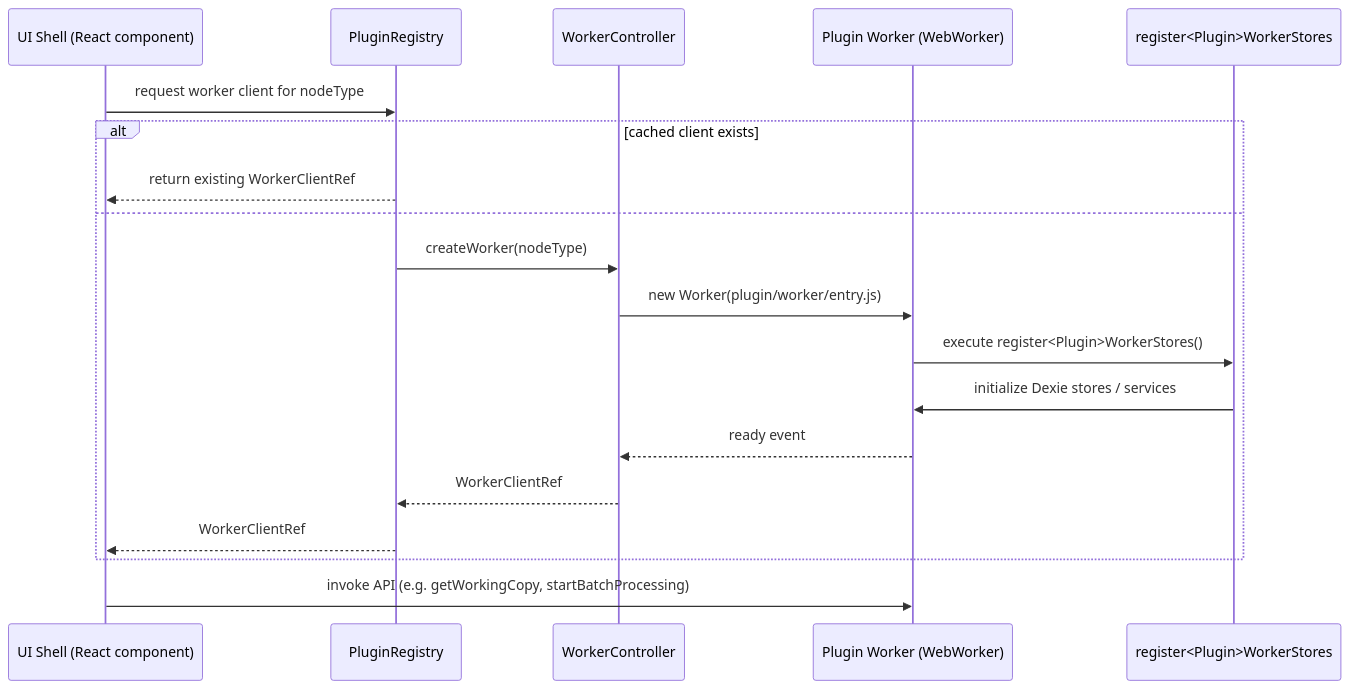
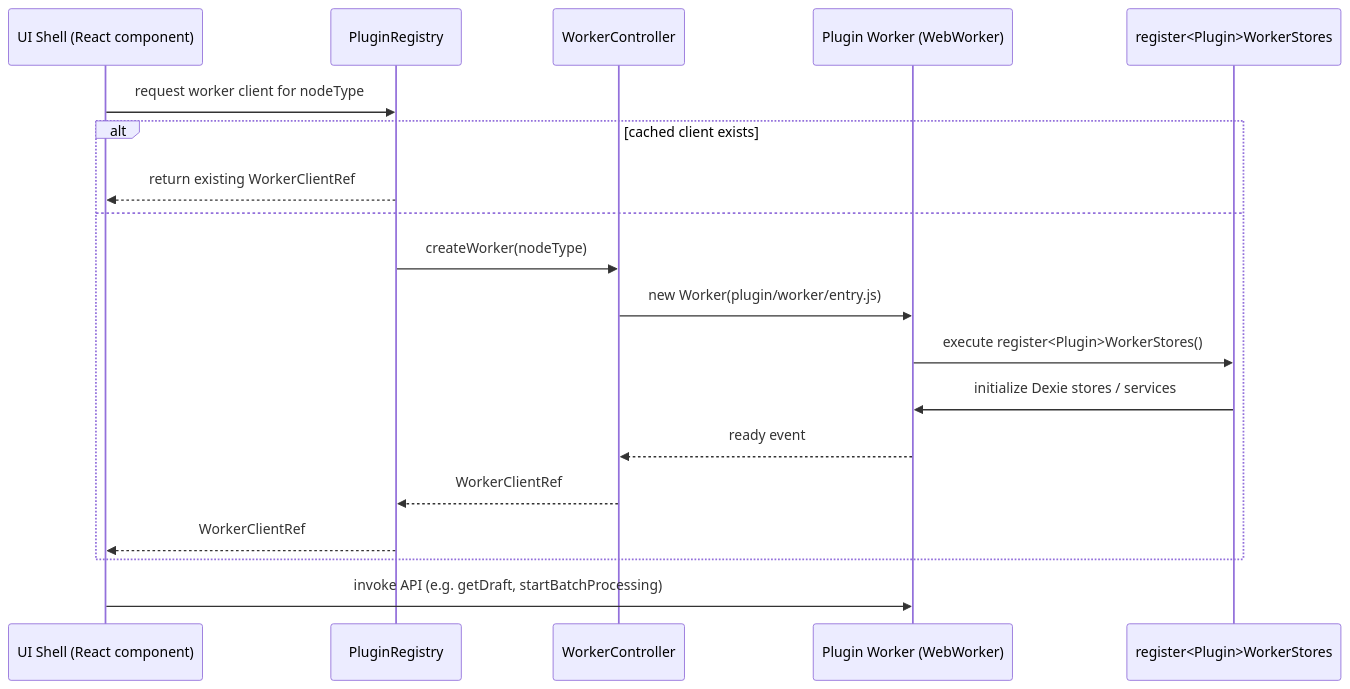
Before and after one commit to kubohiroya/hierarchidb: the diagram in docs/data-plugin-flow-3.md, drawn with Mermaid. The commit also changed 796 other files, not shown here.

````diff
--- a/docs/data-plugin-flow-3.md
+++ b/docs/data-plugin-flow-3.md
@@ -3,22 +3,22 @@
 ```mermaid
 sequenceDiagram
     participant UI as UI Shell (React component)
     participant Registry as PluginRegistry
     participant WorkerCtl as WorkerController
     participant Worker as Plugin Worker (WebWorker)
     participant Factory as register<Plugin>WorkerStores
 
     UI->>Registry: request worker client for nodeType
     alt cached client exists
         Registry-->>UI: return existing WorkerClientRef
     else
         Registry->>WorkerCtl: createWorker(nodeType)
         WorkerCtl->>Worker: new Worker(plugin/worker/entry.js)
         Worker->>Factory: execute register<Plugin>WorkerStores()
         Factory->>Worker: initialize Dexie stores / services
         Worker-->>WorkerCtl: ready event
         WorkerCtl-->>Registry: WorkerClientRef
         Registry-->>UI: WorkerClientRef
     end
-    UI->>Worker: invoke API (e.g. getWorkingCopy, startBatchProcessing)
+    UI->>Worker: invoke API (e.g. getDraft, startBatchProcessing)
 ```
````
